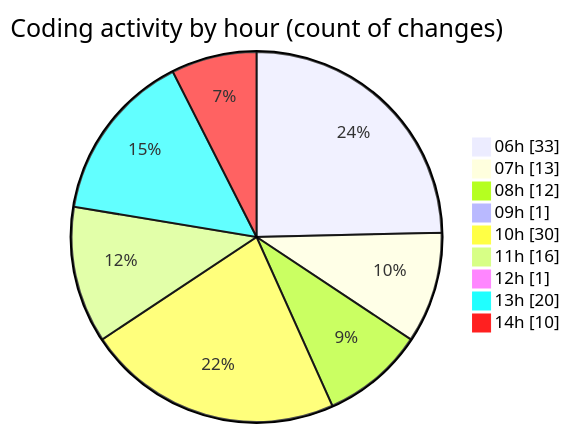
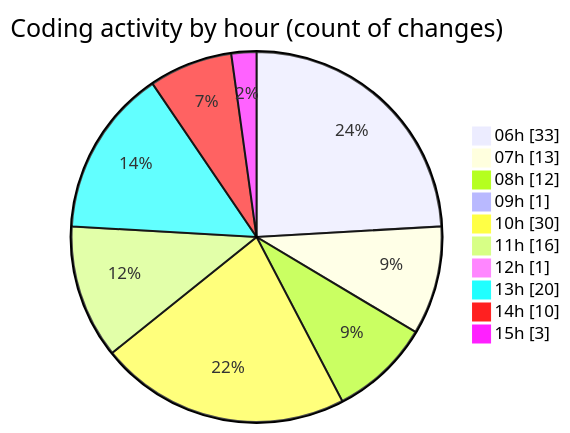
Before and after one commit to charlie-sans/code-tracking: the second of 2 diagrams in 2025-02-21/micros/README.md, drawn with Mermaid. The commit also changed other lines of this file and 1 other file, not shown here.

````diff
--- a/2025-02-21/micros/README.md
+++ b/2025-02-21/micros/README.md
@@ -92,13 +92,14 @@
 ```mermaid
 pie showData
 title Coding activity by hour (count of changes)
 "06h" : 33
 "07h" : 13
 "08h" : 12
 "09h" : 1
 "10h" : 30
 "11h" : 16
 "12h" : 1
 "13h" : 20
 "14h" : 10
+"15h" : 3
 ```
````
